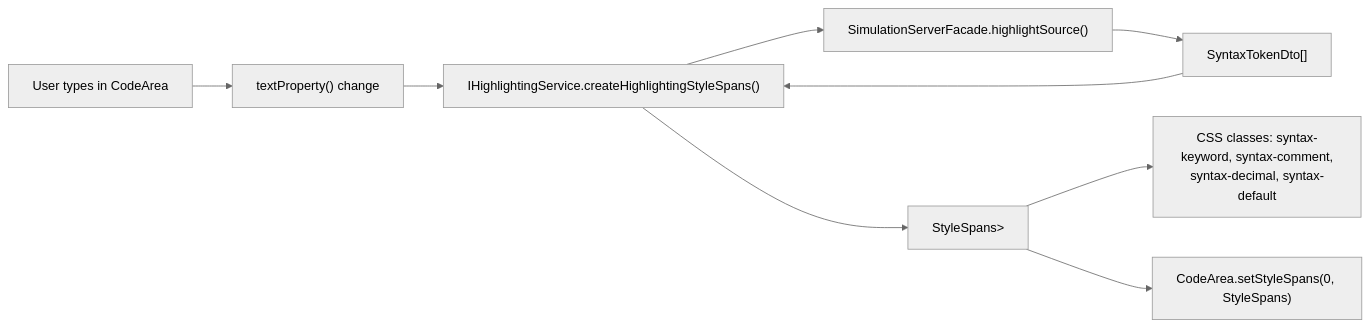
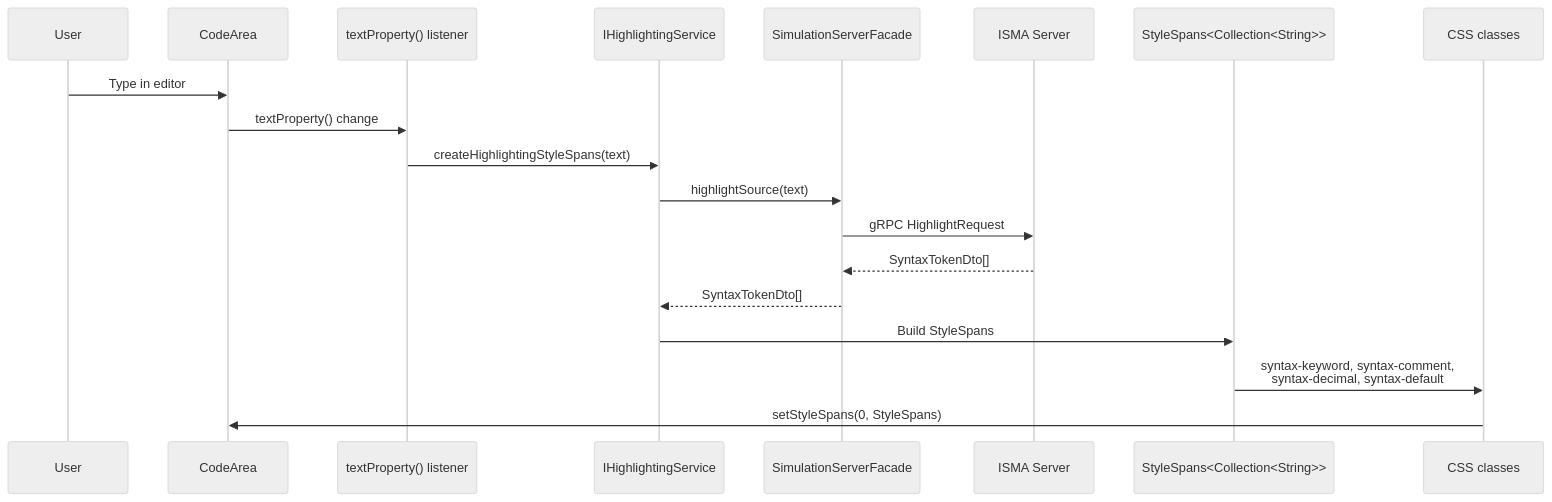
One commit to SmallBossGames/isma changed the first of 4 diagrams in docs/isma-ui/ui-components/05-editors.md. Above: the diagram before and after it, drawn with Mermaid (neutral theme). The commit also changed other lines of this file and 26 other files, not shown here.

````diff
--- a/docs/isma-ui/ui-components/05-editors.md
+++ b/docs/isma-ui/ui-components/05-editors.md
@@ -23,12 +23,22 @@
 ```mermaid
-flowchart LR
-    User["User types in CodeArea"] --> TextProp["textProperty() change"]
-    TextProp --> HighlightingSvc["IHighlightingService.createHighlightingStyleSpans()"]
-    HighlightingSvc --> Facade["SimulationServerFacade.highlightSource()"]
-    Facade --> Tokens["SyntaxTokenDto[]"]
-    Tokens --> HighlightingSvc
-    HighlightingSvc --> StyleSpans["StyleSpans<Collection<String>>"]
-    StyleSpans --> CSS["CSS classes: syntax-keyword, syntax-comment,\nsyntax-decimal, syntax-default"]
-    CodeArea["CodeArea.setStyleSpans(0, StyleSpans)"]
-    StyleSpans --> CodeArea
+sequenceDiagram
+    participant User as User
+    participant CA as CodeArea
+    participant Listener as textProperty() listener
+    participant Service as IHighlightingService
+    participant Facade as SimulationServerFacade
+    participant Server as ISMA Server
+    participant Spans as StyleSpans<Collection<String>>
+    participant CSS as CSS classes
+
+    User->>CA: Type in editor
+    CA->>Listener: textProperty() change
+    Listener->>Service: createHighlightingStyleSpans(text)
+    Service->>Facade: highlightSource(text)
+    Facade->>Server: gRPC HighlightRequest
+    Server-->>Facade: SyntaxTokenDto[]
+    Facade-->>Service: SyntaxTokenDto[]
+    Service->>Spans: Build StyleSpans
+    Spans->>CSS: syntax-keyword, syntax-comment,<br/>syntax-decimal, syntax-default
+    CSS->>CA: setStyleSpans(0, StyleSpans)
 ```
````
